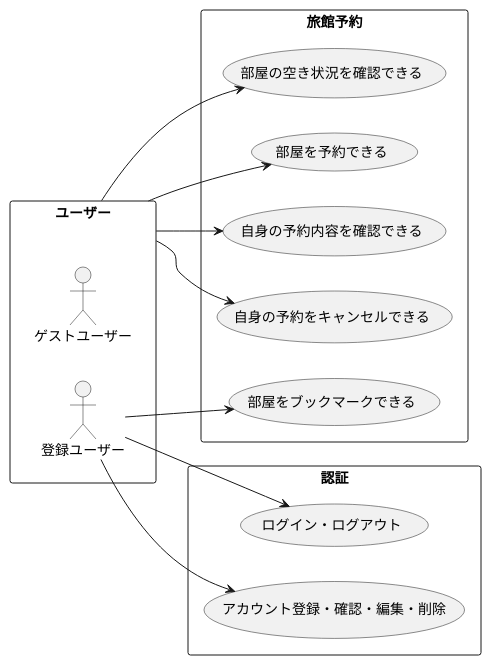
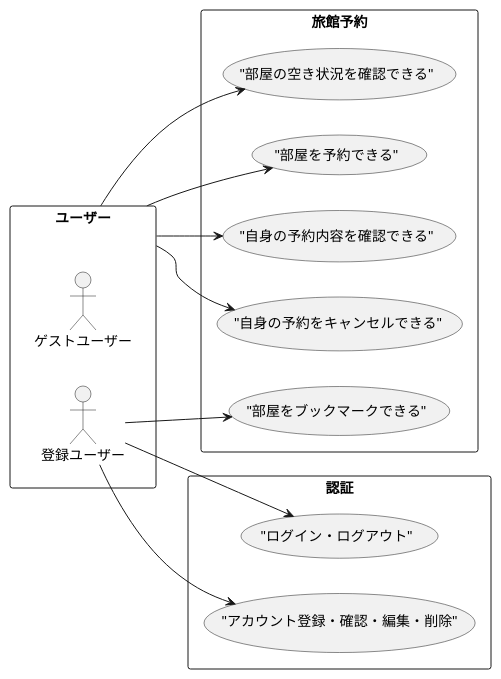
One commit to paterapatera/ryokan-reservation changed the second of 3 diagrams in doc/context_map.md. Above: the diagram before and after it, drawn with PlantUML. The commit also changed other lines of this file and 2 other files, not shown here.

Commit message:
ドメインモデル図作成

````diff
--- a/doc/context_map.md
+++ b/doc/context_map.md
@@ -21,37 +21,22 @@
 ```plantuml
 @startuml
   left to right direction
-  rectangle  "旅館予約" as mainSys {
-    usecase "部屋の空き状況を確認できる" as u1
-    usecase "部屋を予約できる" as u2
-    usecase "自身の予約内容を確認できる" as u3
-    usecase "自身の予約をキャンセルできる" as u4
-    usecase "部屋をブックマークできる" as u5
-  }
-  rectangle  "認証" as authSys {
-    usecase "ログイン・ログアウト" as u7
-    usecase "アカウント登録・確認・編集・削除" as u8
-  }
-
-
   '========================================
   rectangle  "ユーザー" as user {
     actor "ゲストユーザー" as guestUser
-  }
-  '========================================
-  user --> u1
-  user --> u2
-  user --> u3
-  user --> u4
-
-
-  '========================================
-  rectangle  "ユーザー" as user {
     actor "登録ユーザー" as registeredUser
   }
   '========================================
-  registeredUser --> u5
-  registeredUser --> u7
-  registeredUser --> u8
+  rectangle  "旅館予約" as mainSys {
+    user --> ("部屋の空き状況を確認できる")
+    user --> ("部屋を予約できる")
+    user --> ("自身の予約内容を確認できる")
+    user --> ("自身の予約をキャンセルできる")
+    registeredUser --> ("部屋をブックマークできる")
+  }
+  rectangle  "認証" as authSys {
+    registeredUser --> ("ログイン・ログアウト")
+    registeredUser --> ("アカウント登録・確認・編集・削除")
+  }
 @enduml
 ```
````
